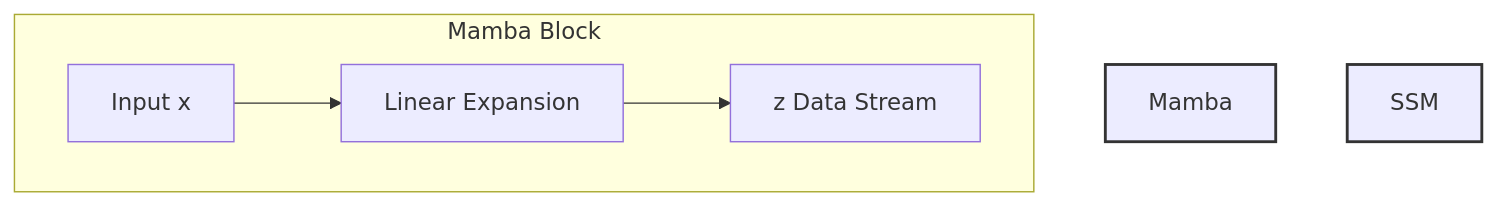
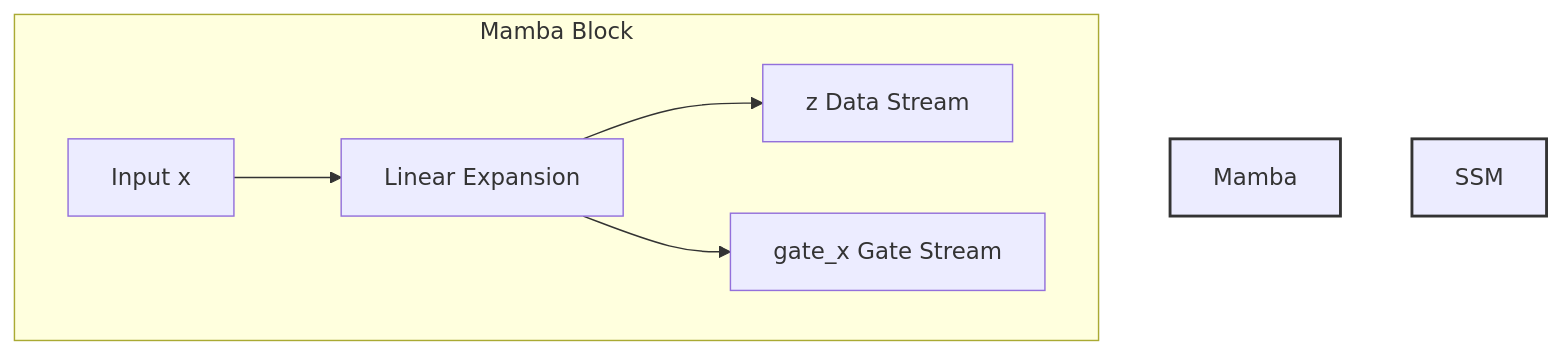
Before and after one commit to PsyduckNpc/iodraw-files: the diagram in all/未命名.md, drawn with Mermaid.

Commit message:
2025-09-28 14:13:32 update

````diff
--- a/all/未命名.md
+++ b/all/未命名.md
@@ -1,15 +1,17 @@
 ```mermaid
 graph TD
     subgraph Mamba Block
         direction LR
         
         %% --- Step 1: Input Expansion & Gating ---
         Input_x[Input x] --> Linear_Expand[Linear Expansion]
         Linear_Expand --> Stream_z[z Data Stream]
+        Linear_Expand --> Stream_gate[gate_x Gate Stream]
+        
         
     end
 
     %% --- Styling ---
     style Mamba Block fill:#f9f,stroke:#333,stroke-width:2px
     style SSM Core Engine fill:#bdf,stroke:#333,stroke-width:2px
 ```
````
